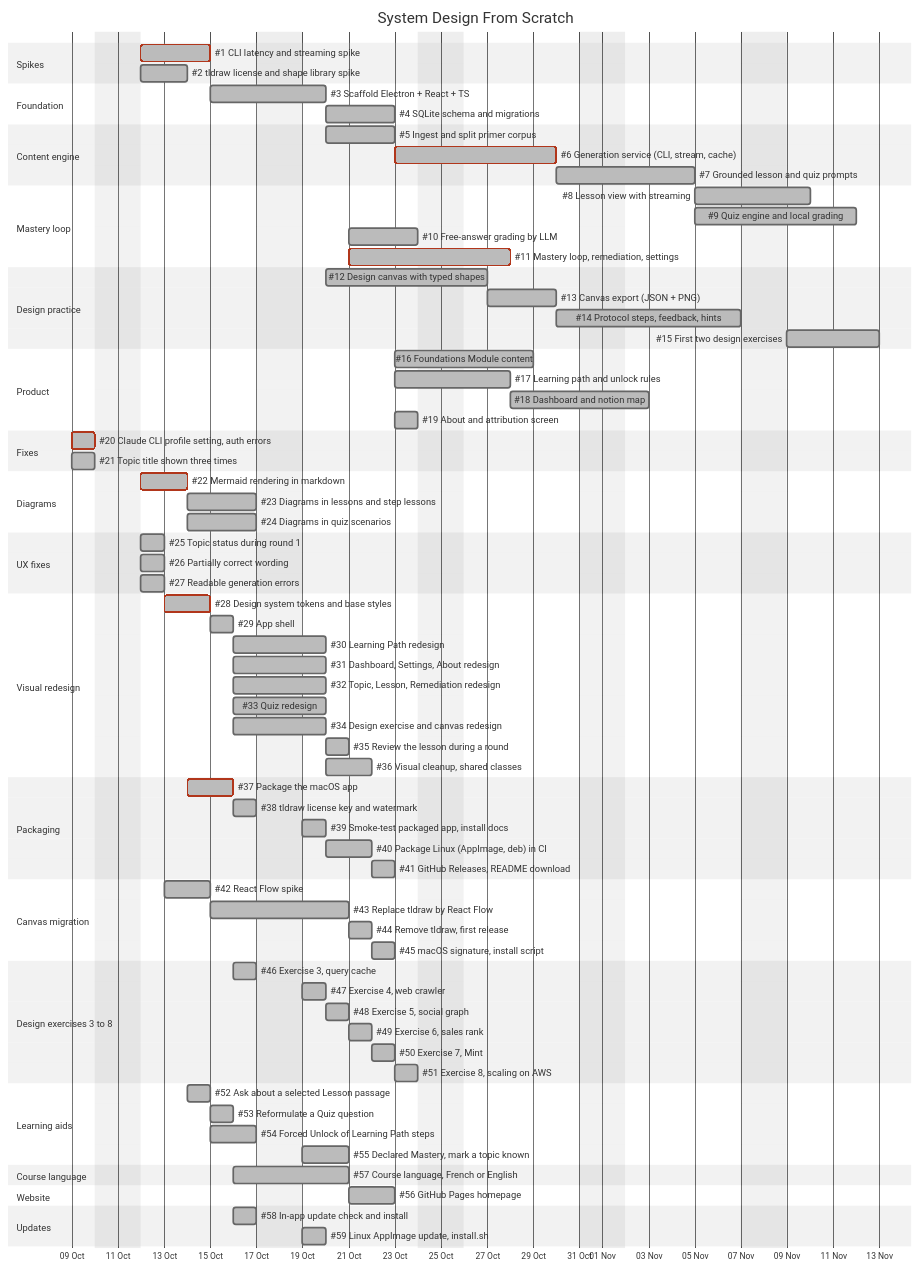
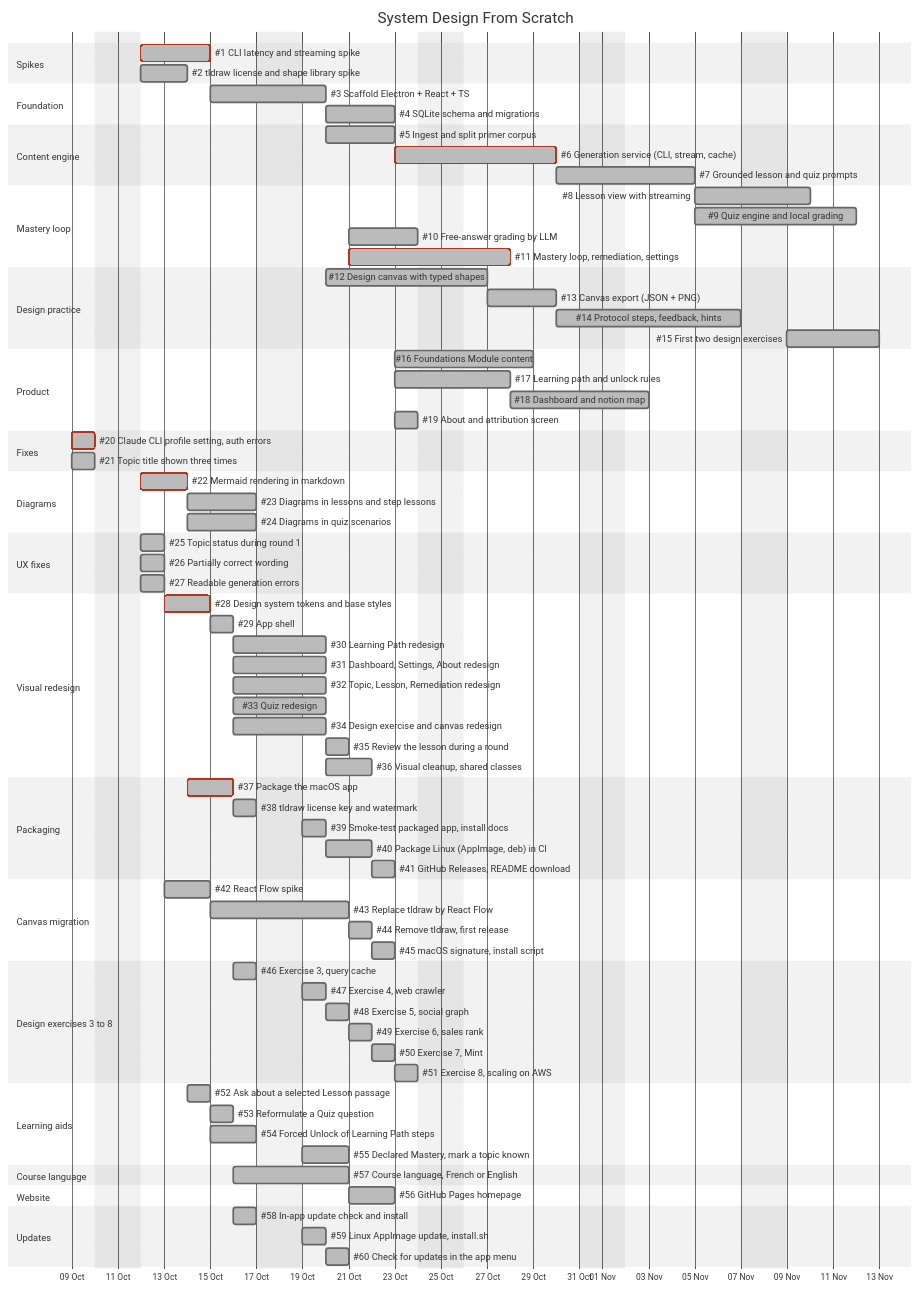
Before and after one commit to jbclaramonte/system-design-from-scratch: the diagram in docs/ROADMAP.md, drawn with Mermaid (neutral theme). The commit also changed other lines of this file and 18 other files, not shown here.

First line of the commit message:
feat: Check for updates entry in the application menu

````diff
--- a/docs/ROADMAP.md
+++ b/docs/ROADMAP.md
@@ -109,4 +109,5 @@
     section Updates
     #58 In-app update check and install       :done, u1, 2026-10-16, 1d
     #59 Linux AppImage update, install.sh     :done, u2, after u1, 1d
+    #60 Check for updates in the app menu     :done, u3, after u2, 1d
 ```
````
